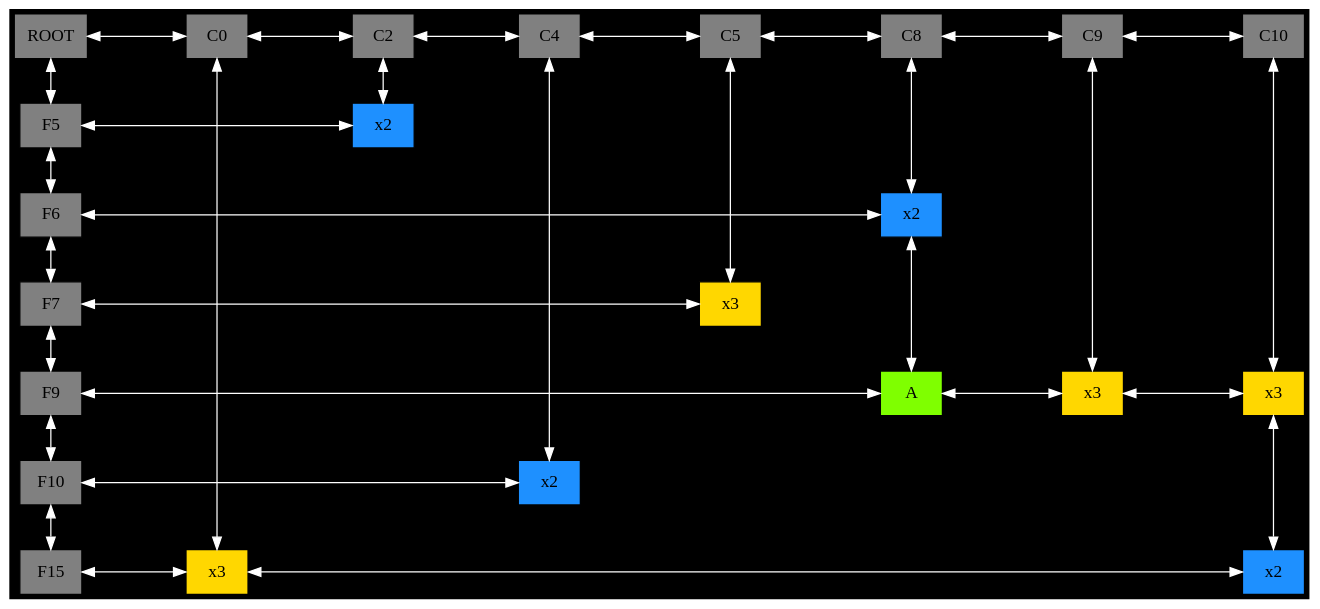
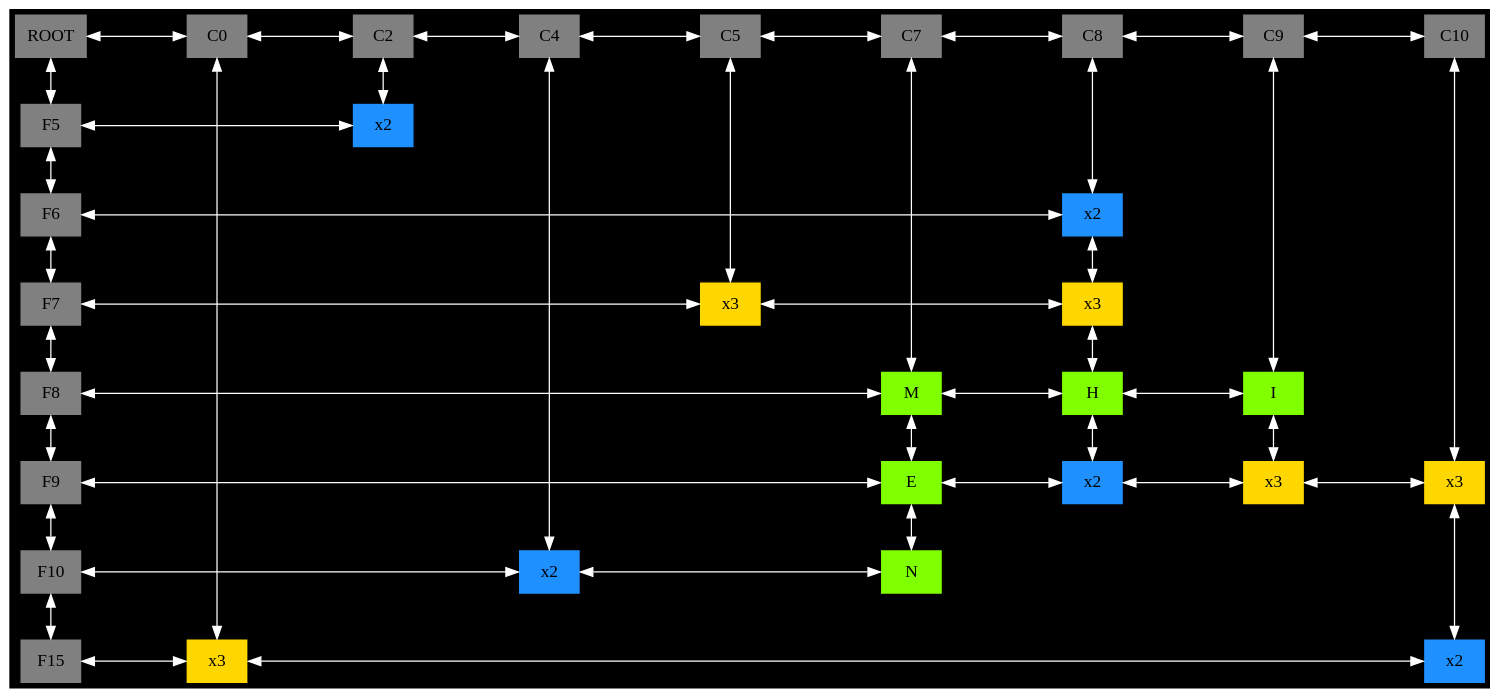
The diagram in Proyecto1EDD_201800464/REPORTES/matriz.dot (PabloAndresArg/EDD_1S2020_PY1_201800464), drawn with Graphviz before and after one commit. The commit also changed 44 other files, not shown here.

```diff
--- a/Proyecto1EDD_201800464/REPORTES/matriz.dot
+++ b/Proyecto1EDD_201800464/REPORTES/matriz.dot
@@ -1,74 +1,98 @@
 digraph G {bgcolor = black; 
 node[pin = true , shape = box, fontcolor = black  , fillcolor = gray  , width=0.7 ,style = filled] ;
 charset = latin1;
  style = filled ;
 nodesep = 1.0;
-VAL_00CFE590->VAL_00D190F0 [ dir=both ,color = white]; 
-VAL_00CFE590->VAL_00D17C20 [  dir=both,  color = white]; 
-VAL_00CFE590[label = "ROOT", group = -1,pos = "-1,1" ];
-VAL_00D190F0->VAL_00D17B48 [ dir=both, color = white]; 
-VAL_00D190F0->VAL_00D18958 [ dir=both, color = white]; 
-VAL_00D190F0[label="C0", group = 0,pos = "0,1" ];
-VAL_00D17B48->VAL_00D190A8 [ dir=both, color = white]; 
-VAL_00D17B48->VAL_00D18178 [ dir=both, color = white]; 
-VAL_00D17B48[label="C2", group = 2,pos = "2,1" ];
-VAL_00D190A8->VAL_00D18250 [ dir=both, color = white]; 
-VAL_00D190A8->VAL_00D18F88 [ dir=both, color = white]; 
-VAL_00D190A8[label="C4", group = 4,pos = "4,1" ];
-VAL_00D18250->VAL_00D184D8 [ dir=both, color = white]; 
-VAL_00D18250->VAL_00D18208 [ dir=both, color = white]; 
-VAL_00D18250[label="C5", group = 5,pos = "5,1" ];
-VAL_00D184D8->VAL_00D187F0 [ dir=both, color = white]; 
-VAL_00D184D8->VAL_00D18838 [ dir=both, color = white]; 
-VAL_00D184D8[label="C8", group = 8,pos = "8,1" ];
-VAL_00D187F0->VAL_00D18910 [ dir=both, color = white]; 
-VAL_00D187F0->VAL_00D18688 [ dir=both, color = white]; 
-VAL_00D187F0[label="C9", group = 9,pos = "9,1" ];
-VAL_00D18910->VAL_00D18E20 [ dir=both, color = white]; 
-VAL_00D18910[label="C10", group = 10,pos = "10,1" ];
-VAL_00D17C20->VAL_00D18178 [ dir=both ,color = white]; 
-VAL_00D17C20->VAL_00D18640 [  dir=both,  color = white]; 
-VAL_00D17C20[label="F5" , group = -1,pos = "-1,-5" ];
-VAL_00D18178[ label = " x2 " ,fillcolor = dodgerblue1, group = 2,pos = "2,-5" ];
-VAL_00D18640->VAL_00D18838 [ dir=both ,color = white]; 
-VAL_00D18640->VAL_00D18520 [  dir=both,  color = white]; 
-VAL_00D18640[label="F6" , group = -1,pos = "-1,-6" ];
-VAL_00D18838->VAL_00D19330 [ dir=both, color = white]; 
-VAL_00D18838[ label = " x2 " ,fillcolor = dodgerblue1, group = 8,pos = "8,-6" ];
-VAL_00D18520->VAL_00D18208 [ dir=both ,color = white]; 
-VAL_00D18520->VAL_00D18CB8 [  dir=both,  color = white]; 
-VAL_00D18520[label="F7" , group = -1,pos = "-1,-7" ];
-VAL_00D18208[ label = " x3 "  ,fillcolor = gold1, group = 5,pos = "5,-7" ];
-VAL_00D18CB8->VAL_00D19330 [ dir=both ,color = white]; 
-VAL_00D18CB8->VAL_00D18D90 [  dir=both,  color = white]; 
-VAL_00D18CB8[label="F9" , group = -1,pos = "-1,-9" ];
-VAL_00D19330->VAL_00D18688 [ dir=both, color = white]; 
-VAL_00D19330[ label = "A" ,dir=both ,fillcolor = chartreuse1, group = 8,pos = "8,-9" ];
-VAL_00D18688->VAL_00D18E20 [ dir=both, color = white]; 
-VAL_00D18688[ label = " x3 "  ,fillcolor = gold1, group = 9,pos = "9,-9" ];
-VAL_00D18E20->VAL_00D18B50 [ dir=both, color = white]; 
-VAL_00D18E20[ label = " x3 "  ,fillcolor = gold1, group = 10,pos = "10,-9" ];
-VAL_00D18D90->VAL_00D18F88 [ dir=both ,color = white]; 
-VAL_00D18D90->VAL_00D19138 [  dir=both,  color = white]; 
-VAL_00D18D90[label="F10" , group = -1,pos = "-1,-10" ];
-VAL_00D18F88[ label = " x2 " ,fillcolor = dodgerblue1, group = 4,pos = "4,-10" ];
-VAL_00D19138->VAL_00D18958 [ dir=both ,color = white]; 
-VAL_00D19138[label="F15" , group = -1,pos = "-1,-15" ];
-VAL_00D18958->VAL_00D18B50 [ dir=both, color = white]; 
-VAL_00D18958[ label = " x3 "  ,fillcolor = gold1, group = 0,pos = "0,-15" ];
-VAL_00D18B50[ label = " x2 " ,fillcolor = dodgerblue1, group = 10,pos = "10,-15" ];
-{rank = same; VAL_00CFE590 VAL_00D190F0 VAL_00D17B48 VAL_00D190A8 VAL_00D18250 VAL_00D184D8 VAL_00D187F0 VAL_00D18910 };
+VAL_00F0DFD8->VAL_00F45A90 [ dir=both ,color = white]; 
+VAL_00F0DFD8->VAL_00F44BA8 [  dir=both,  color = white]; 
+VAL_00F0DFD8[label = "ROOT", group = -1,pos = "-1,1" ];
+VAL_00F45A90->VAL_00F44B60 [ dir=both, color = white]; 
+VAL_00F45A90->VAL_00F45E80 [ dir=both, color = white]; 
+VAL_00F45A90[label="C0", group = 0,pos = "0,1" ];
+VAL_00F44B60->VAL_00F45F10 [ dir=both, color = white]; 
+VAL_00F44B60->VAL_00F44FE0 [ dir=both, color = white]; 
+VAL_00F44B60[label="C2", group = 2,pos = "2,1" ];
+VAL_00F45F10->VAL_00F45730 [ dir=both, color = white]; 
+VAL_00F45F10->VAL_00F45BF8 [ dir=both, color = white]; 
+VAL_00F45F10[label="C4", group = 4,pos = "4,1" ];
+VAL_00F45730->VAL_00F46540 [ dir=both, color = white]; 
+VAL_00F45730->VAL_00F45658 [ dir=both, color = white]; 
+VAL_00F45730[label="C5", group = 5,pos = "5,1" ];
+VAL_00F46540->VAL_00F449F8 [ dir=both, color = white]; 
+VAL_00F46540->VAL_00F46300 [ dir=both, color = white]; 
+VAL_00F46540[label="C7", group = 7,pos = "7,1" ];
+VAL_00F449F8->VAL_00F452F8 [ dir=both, color = white]; 
+VAL_00F449F8->VAL_00F448D8 [ dir=both, color = white]; 
+VAL_00F449F8[label="C8", group = 8,pos = "8,1" ];
+VAL_00F452F8->VAL_00F45EC8 [ dir=both, color = white]; 
+VAL_00F452F8->VAL_00F45418 [ dir=both, color = white]; 
+VAL_00F452F8[label="C9", group = 9,pos = "9,1" ];
+VAL_00F45EC8->VAL_00F45AD8 [ dir=both, color = white]; 
+VAL_00F45EC8[label="C10", group = 10,pos = "10,1" ];
+VAL_00F44BA8->VAL_00F44FE0 [ dir=both ,color = white]; 
+VAL_00F44BA8->VAL_00F44BF0 [  dir=both,  color = white]; 
+VAL_00F44BA8[label="F5" , group = -1,pos = "-1,-5" ];
+VAL_00F44FE0[ label = " x2 " ,fillcolor = dodgerblue1, group = 2,pos = "2,-5" ];
+VAL_00F44BF0->VAL_00F448D8 [ dir=both ,color = white]; 
+VAL_00F44BF0->VAL_00F45220 [  dir=both,  color = white]; 
+VAL_00F44BF0[label="F6" , group = -1,pos = "-1,-6" ];
+VAL_00F448D8->VAL_00F452B0 [ dir=both, color = white]; 
+VAL_00F448D8[ label = " x2 " ,fillcolor = dodgerblue1, group = 8,pos = "8,-6" ];
+VAL_00F45220->VAL_00F45658 [ dir=both ,color = white]; 
+VAL_00F45220->VAL_00F456E8 [  dir=both,  color = white]; 
+VAL_00F45220[label="F7" , group = -1,pos = "-1,-7" ];
+VAL_00F45658->VAL_00F452B0 [ dir=both, color = white]; 
+VAL_00F45658[ label = " x3 "  ,fillcolor = gold1, group = 5,pos = "5,-7" ];
+VAL_00F452B0->VAL_00F45778 [ dir=both, color = white]; 
+VAL_00F452B0[ label = " x3 "  ,fillcolor = gold1, group = 8,pos = "8,-7" ];
+VAL_00F456E8->VAL_00F46300 [ dir=both ,color = white]; 
+VAL_00F456E8->VAL_00F45070 [  dir=both,  color = white]; 
+VAL_00F456E8[label="F8" , group = -1,pos = "-1,-8" ];
+VAL_00F46300->VAL_00F45778 [ dir=both, color = white]; 
+VAL_00F46300->VAL_00F462B8 [ dir=both, color = white]; 
+VAL_00F46300[ label = "M" ,dir=both ,fillcolor = chartreuse1, group = 7,pos = "7,-8" ];
+VAL_00F45778->VAL_00F45418 [ dir=both, color = white]; 
+VAL_00F45778->VAL_00F45460 [ dir=both, color = white]; 
+VAL_00F45778[ label = "H" ,dir=both ,fillcolor = chartreuse1, group = 8,pos = "8,-8" ];
+VAL_00F45418->VAL_00F46150 [ dir=both, color = white]; 
+VAL_00F45418[ label = "I" ,dir=both ,fillcolor = chartreuse1, group = 9,pos = "9,-8" ];
+VAL_00F45070->VAL_00F462B8 [ dir=both ,color = white]; 
+VAL_00F45070->VAL_00F46198 [  dir=both,  color = white]; 
+VAL_00F45070[label="F9" , group = -1,pos = "-1,-9" ];
+VAL_00F462B8->VAL_00F45460 [ dir=both, color = white]; 
+VAL_00F462B8->VAL_00F47B18 [ dir=both, color = white]; 
+VAL_00F462B8[ label = "E" ,dir=both ,fillcolor = chartreuse1, group = 7,pos = "7,-9" ];
+VAL_00F45460->VAL_00F46150 [ dir=both, color = white]; 
+VAL_00F45460[ label = " x2 " ,fillcolor = dodgerblue1, group = 8,pos = "8,-9" ];
+VAL_00F46150->VAL_00F45AD8 [ dir=both, color = white]; 
+VAL_00F46150[ label = " x3 "  ,fillcolor = gold1, group = 9,pos = "9,-9" ];
+VAL_00F45AD8->VAL_00F46468 [ dir=both, color = white]; 
+VAL_00F45AD8[ label = " x3 "  ,fillcolor = gold1, group = 10,pos = "10,-9" ];
+VAL_00F46198->VAL_00F45BF8 [ dir=both ,color = white]; 
+VAL_00F46198->VAL_00F45B20 [  dir=both,  color = white]; 
+VAL_00F46198[label="F10" , group = -1,pos = "-1,-10" ];
+VAL_00F45BF8->VAL_00F47B18 [ dir=both, color = white]; 
+VAL_00F45BF8[ label = " x2 " ,fillcolor = dodgerblue1, group = 4,pos = "4,-10" ];
+VAL_00F47B18[ label = "N" ,dir=both ,fillcolor = chartreuse1, group = 7,pos = "7,-10" ];
+VAL_00F45B20->VAL_00F45E80 [ dir=both ,color = white]; 
+VAL_00F45B20[label="F15" , group = -1,pos = "-1,-15" ];
+VAL_00F45E80->VAL_00F46468 [ dir=both, color = white]; 
+VAL_00F45E80[ label = " x3 "  ,fillcolor = gold1, group = 0,pos = "0,-15" ];
+VAL_00F46468[ label = " x2 " ,fillcolor = dodgerblue1, group = 10,pos = "10,-15" ];
+{rank = same; VAL_00F0DFD8 VAL_00F45A90 VAL_00F44B60 VAL_00F45F10 VAL_00F45730 VAL_00F46540 VAL_00F449F8 VAL_00F452F8 VAL_00F45EC8 };
 
-{rank = same; VAL_00D17C20 VAL_00D18178 };
+{rank = same; VAL_00F44BA8 VAL_00F44FE0 };
 
-{rank = same; VAL_00D18640 VAL_00D18838 };
+{rank = same; VAL_00F44BF0 VAL_00F448D8 };
 
-{rank = same; VAL_00D18520 VAL_00D18208 };
+{rank = same; VAL_00F45220 VAL_00F45658 VAL_00F452B0 };
 
-{rank = same; VAL_00D18CB8 VAL_00D19330 VAL_00D18688 VAL_00D18E20 };
+{rank = same; VAL_00F456E8 VAL_00F46300 VAL_00F45778 VAL_00F45418 };
 
-{rank = same; VAL_00D18D90 VAL_00D18F88 };
+{rank = same; VAL_00F45070 VAL_00F462B8 VAL_00F45460 VAL_00F46150 VAL_00F45AD8 };
 
-{rank = same; VAL_00D19138 VAL_00D18958 VAL_00D18B50 };
+{rank = same; VAL_00F46198 VAL_00F45BF8 VAL_00F47B18 };
+
+{rank = same; VAL_00F45B20 VAL_00F45E80 VAL_00F46468 };
 
 }
```
